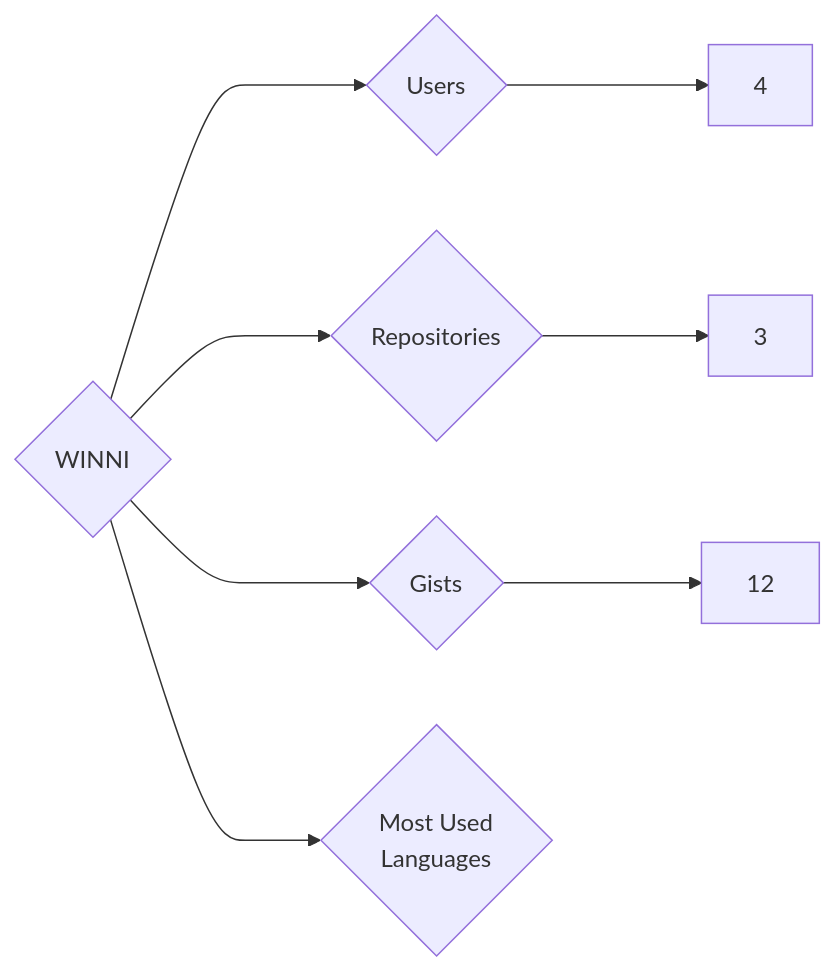
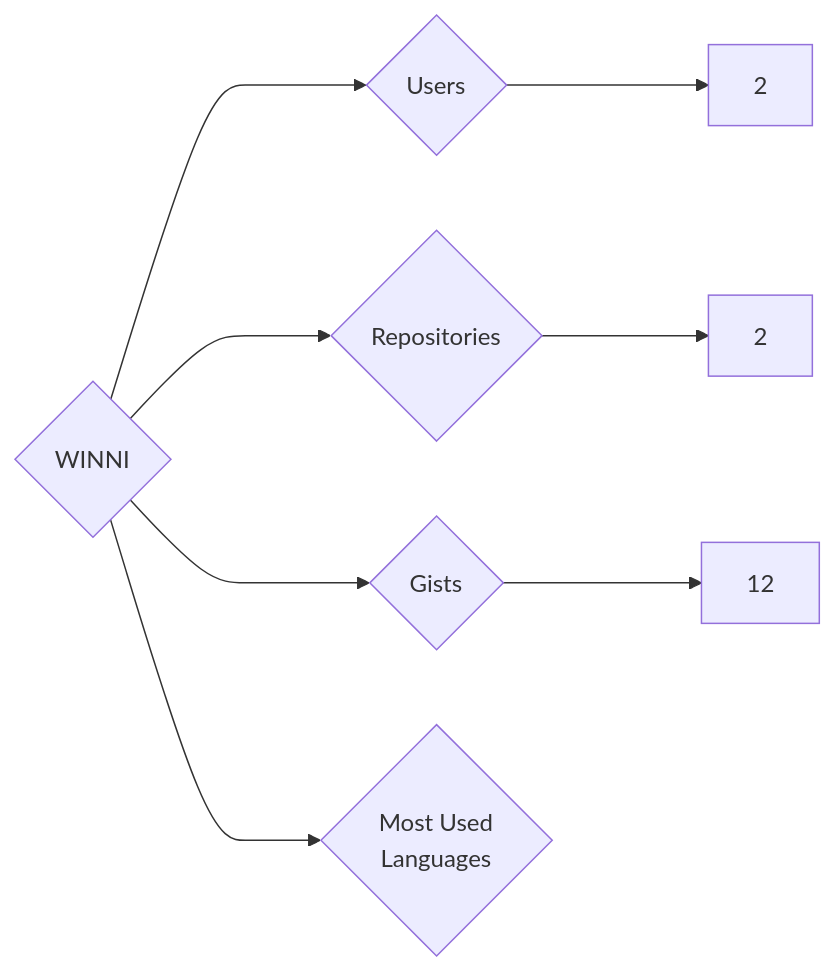
Before and after one commit to trickest/insiders: the diagram in targets/WINNI/README.md, drawn with Mermaid. The commit also changed 1389 other files, not shown here.

````diff
--- a/targets/WINNI/README.md
+++ b/targets/WINNI/README.md
@@ -3,8 +3,8 @@
 ```mermaid
 graph LR
 COMPANY_NAME{WINNI}
-COMPANY_NAME ---> U{Users} ---> UN[4]
-COMPANY_NAME ---> R{Repositories} ---> RN[3]
+COMPANY_NAME ---> U{Users} ---> UN[2]
+COMPANY_NAME ---> R{Repositories} ---> RN[2]
 COMPANY_NAME ---> G{Gists} ---> GN[12]
 COMPANY_NAME ---> ML{Most Used<br>Languages}
 ```
````
